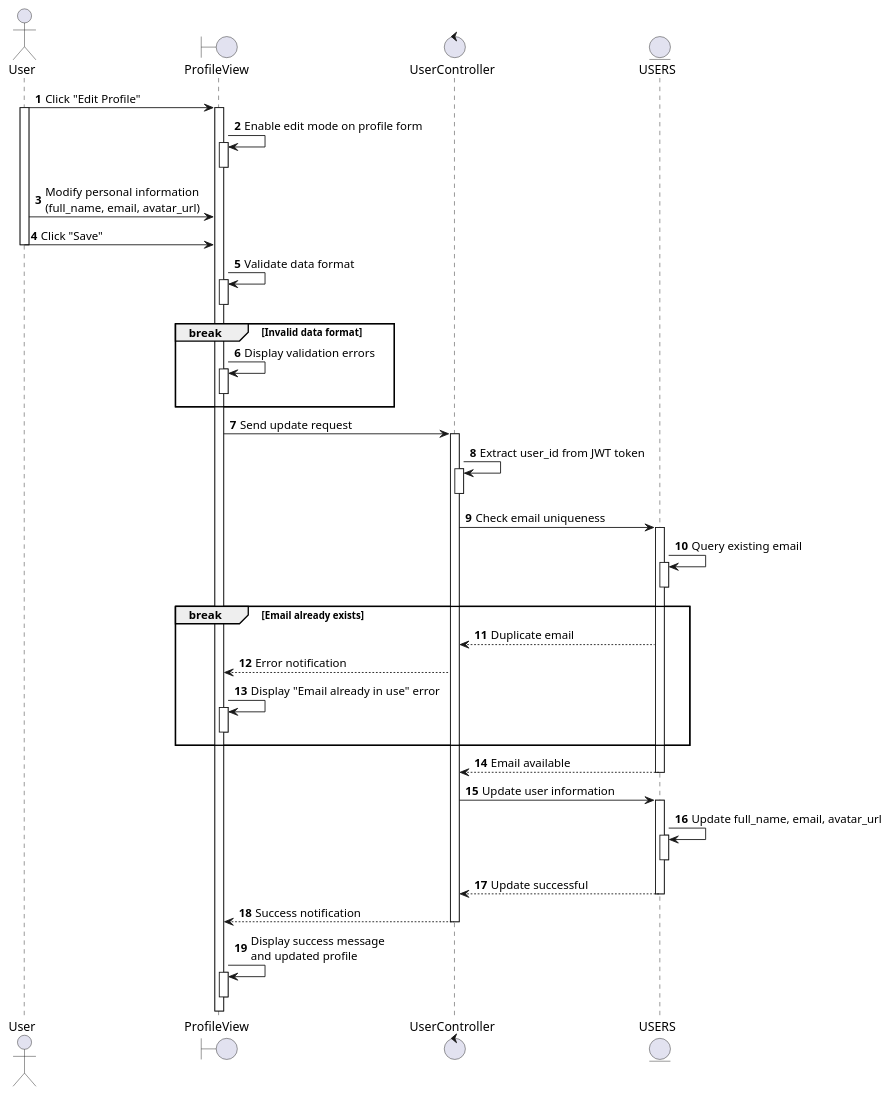
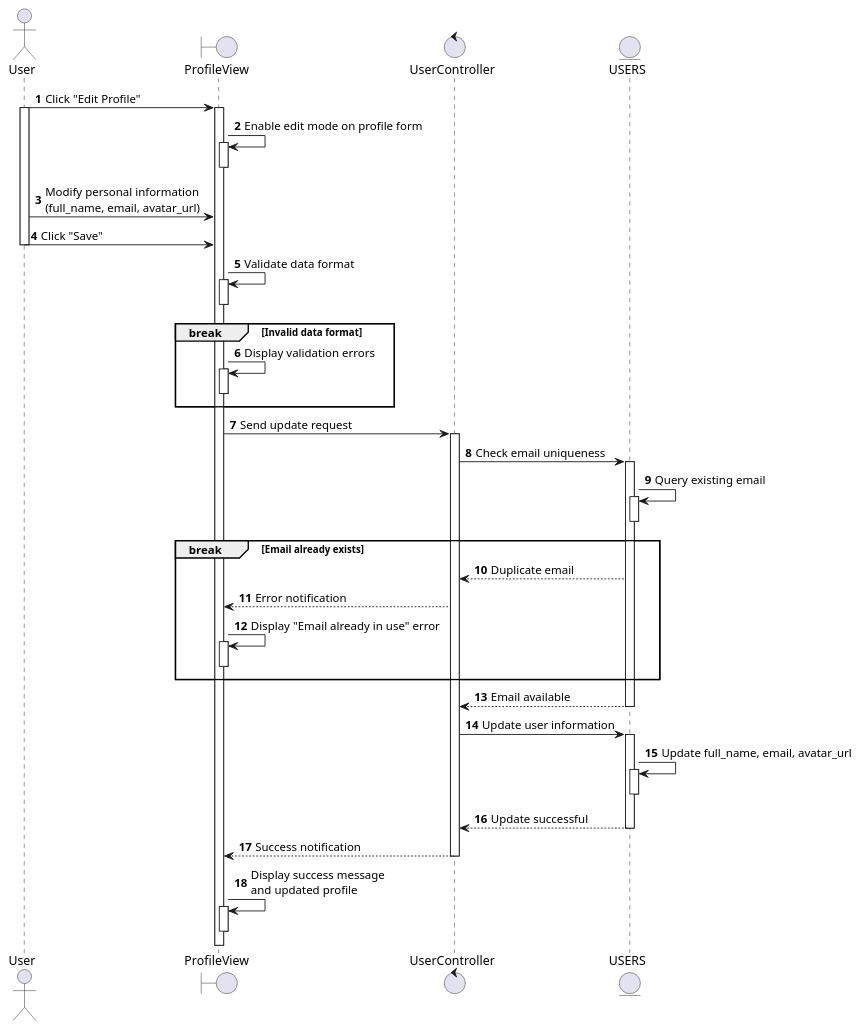
One commit to taskpilot-platform/taskpilot-platform.github.io changed the diagram in docs/docs/sequence/user-profile/update-personal-information.md. Above: the diagram before and after it, drawn with PlantUML. The commit also changed 65 other files, not shown here.

Commit message:
docs: Add new sequence diagrams for various platform functionalities including project, task, sprint, user, and AI assistant management.

````diff
--- a/docs/docs/sequence/user-profile/update-personal-information.md
+++ b/docs/docs/sequence/user-profile/update-personal-information.md
@@ -3,68 +3,68 @@
 ```plantuml
 @startuml
 autonumber
 
 actor User as U
 boundary ProfileView as PV
 control UserController as UC
 entity USERS as US
 
 U -> PV: Click "Edit Profile"
 activate U
 activate PV
+
 PV -> PV: Enable edit mode on profile form
 activate PV
 deactivate PV
 
 U -> PV: Modify personal information\n(full_name, email, avatar_url)
 U -> PV: Click "Save"
 deactivate U
+
 PV -> PV: Validate data format
 activate PV
 deactivate PV
 
 break Invalid data format
   PV -> PV: Display validation errors
   activate PV
   deactivate PV
 end
 
 PV -> UC: Send update request
 activate UC
-UC -> UC: Extract user_id from JWT token
-activate UC
-deactivate UC
 
 UC -> US: Check email uniqueness
 activate US
 US -> US: Query existing email
 activate US
 deactivate US
 
 break Email already exists
   UC <-- US: Duplicate email
   PV <-- UC: Error notification
   PV -> PV: Display "Email already in use" error
   activate PV
   deactivate PV
 end
 
 UC <-- US: Email available
 deactivate US
 
 UC -> US: Update user information
 activate US
 US -> US: Update full_name, email, avatar_url
 activate US
 deactivate US
 UC <-- US: Update successful
 deactivate US
 
 PV <-- UC: Success notification
 deactivate UC
+
 PV -> PV: Display success message\nand updated profile
 activate PV
 deactivate PV
 
 @enduml
 ```
````
